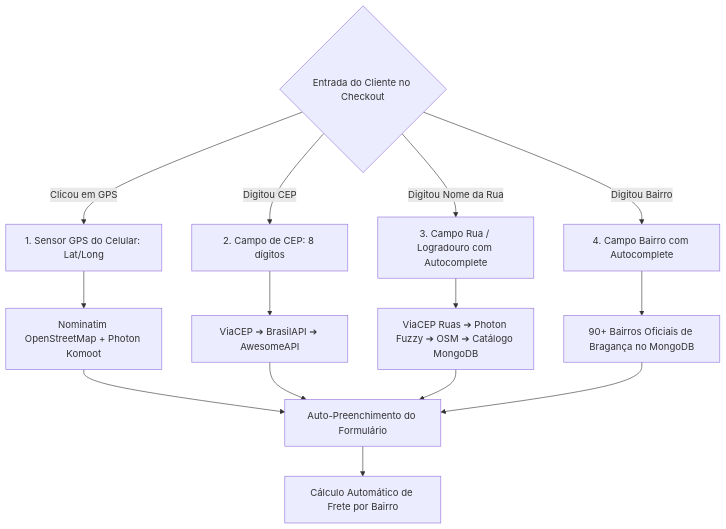
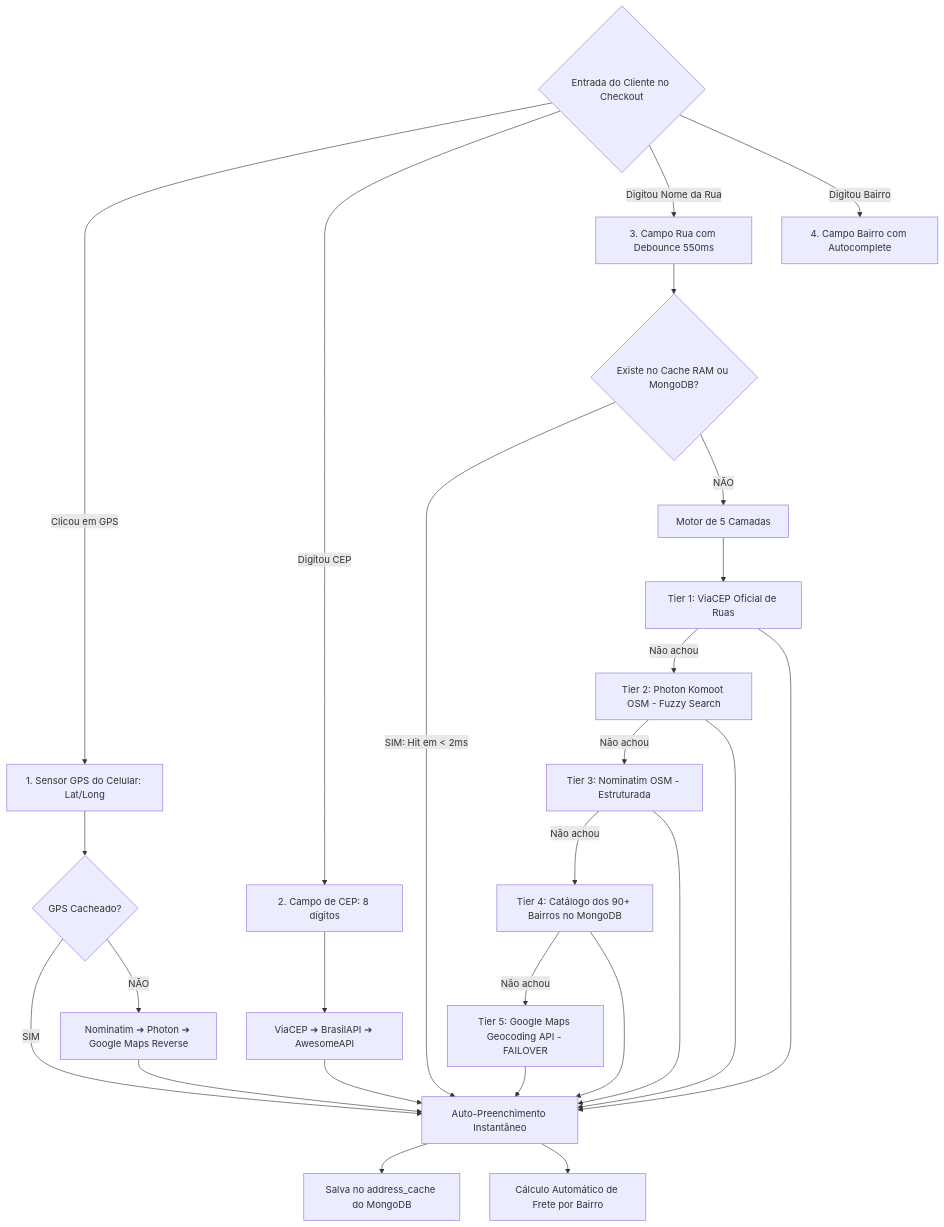
Before and after one commit to vagnerjms/PizzariaImperio: the second of 3 diagrams in DOCUMENTACAO_AUDITORIA.md, drawn with Mermaid. The commit also changed other lines of this file, not shown here.

Commit message:
docs: update comprehensive technical audit specification including 5-tier location engine, double-layer caching, RBAC, and WhatsApp anti-ban

````diff
--- a/DOCUMENTACAO_AUDITORIA.md
+++ b/DOCUMENTACAO_AUDITORIA.md
@@ -81,20 +81,35 @@
 ```mermaid
 flowchart TD
     Entrada{Entrada do Cliente no Checkout}
     Entrada -->|Clicou em GPS| GPS[1. Sensor GPS do Celular: Lat/Long]
     Entrada -->|Digitou CEP| CEP[2. Campo de CEP: 8 dígitos]
-    Entrada -->|Digitou Nome da Rua| RUA[3. Campo Rua / Logradouro com Autocomplete]
+    Entrada -->|Digitou Nome da Rua| RUA[3. Campo Rua com Debounce 550ms]
     Entrada -->|Digitou Bairro| BAIRRO[4. Campo Bairro com Autocomplete]
 
-    GPS --> OSM_Rev[Nominatim OpenStreetMap + Photon Komoot]
+    RUA --> CacheCheck{Existe no Cache RAM ou MongoDB?}
+    CacheCheck -->|SIM: Hit em < 2ms| AutoFill[Auto-Preenchimento Instantâneo]
+    CacheCheck -->|NÃO| Multi_RUA[Motor de 5 Camadas]
+
+    GPS --> CacheGPS{GPS Cacheado?}
+    CacheGPS -->|SIM| AutoFill
+    CacheGPS -->|NÃO| Multi_GPS[Nominatim ➔ Photon ➔ Google Maps Reverse]
+
     CEP --> Multi_CEP[ViaCEP ➔ BrasilAPI ➔ AwesomeAPI]
-    RUA --> Multi_RUA[ViaCEP Ruas ➔ Photon Fuzzy ➔ OSM ➔ Catálogo MongoDB]
-    BAIRRO --> Mongo_Bairro[90+ Bairros Oficiais de Bragança no MongoDB]
+    
+    Multi_RUA --> T1[Tier 1: ViaCEP Oficial de Ruas]
+    T1 -->|Não achou| T2[Tier 2: Photon Komoot OSM - Fuzzy Search]
+    T2 -->|Não achou| T3[Tier 3: Nominatim OSM - Estruturada]
+    T3 -->|Não achou| T4[Tier 4: Catálogo dos 90+ Bairros no MongoDB]
+    T4 -->|Não achou| T5[Tier 5: Google Maps Geocoding API - FAILOVER]
 
-    OSM_Rev --> AutoFill[Auto-Preenchimento do Formulário]
+    Multi_GPS --> AutoFill
     Multi_CEP --> AutoFill
-    Multi_RUA --> AutoFill
-    Mongo_Bairro --> AutoFill
+    T1 --> AutoFill
+    T2 --> AutoFill
+    T3 --> AutoFill
+    T4 --> AutoFill
+    T5 --> AutoFill
 
+    AutoFill --> SaveCache[Salva no address_cache do MongoDB]
     AutoFill --> FeeCalc[Cálculo Automático de Frete por Bairro]
 ```
````
